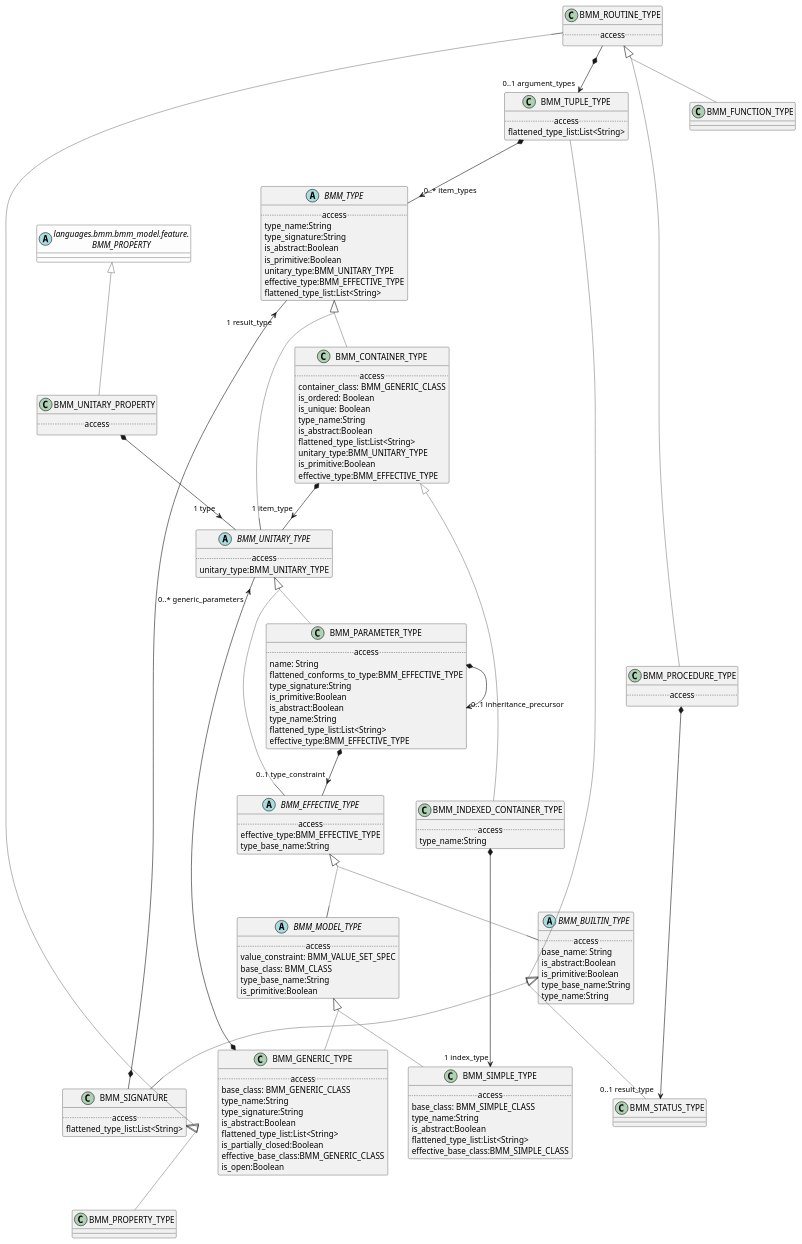
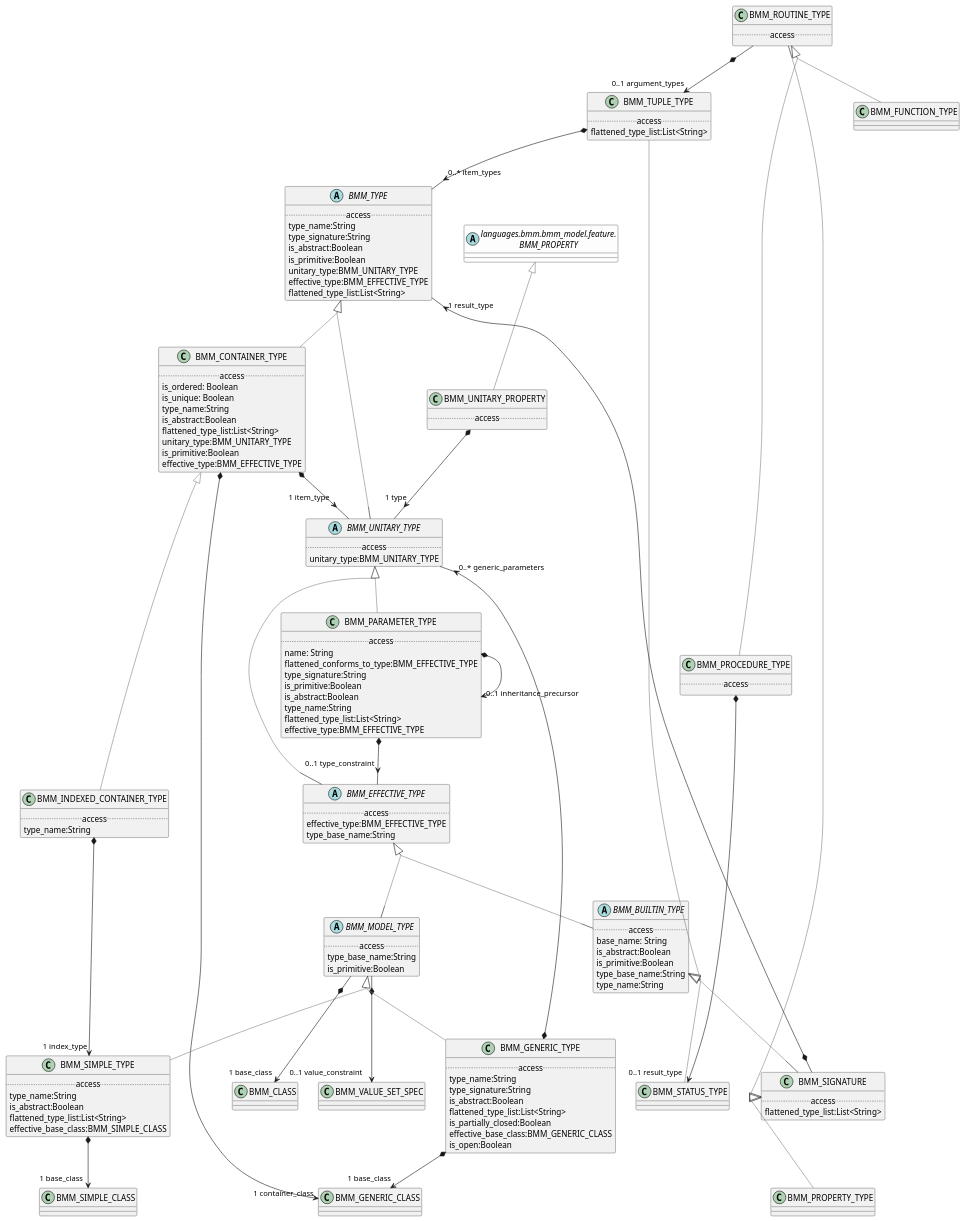
One commit to wolandscat/openehr-doc changed the diagram in modules/ROOT/examples/bmm/languages/bmm/bmm_model/type/type-package-uml.adoc. Above: the diagram before and after it, drawn with PlantUML. The commit also changed 30 other files, not shown here.

```diff
--- a/modules/ROOT/examples/bmm/languages/bmm/bmm_model/type/type-package-uml.adoc
+++ b/modules/ROOT/examples/bmm/languages/bmm/bmm_model/type/type-package-uml.adoc
@@ -73,7 +73,6 @@
 
 class BMM_CONTAINER_TYPE [[/openehr-doc/latest/languages/bmm-gen.html#_class_bmm_container_type]] {
         .. access ..
-        container_class: BMM_GENERIC_CLASS
         is_ordered: Boolean
         is_unique: Boolean
         type_name:String
@@ -87,11 +86,12 @@
 BMM_CONTAINER_TYPE -[#gray]up-|> BMM_TYPE  
 
 
+BMM_CONTAINER_TYPE *--> "1 container_class" BMM_GENERIC_CLASS
+
 BMM_CONTAINER_TYPE *--> "1 item_type" BMM_UNITARY_TYPE
 
 class BMM_SIMPLE_TYPE [[/openehr-doc/latest/languages/bmm-gen.html#_class_bmm_simple_type]] {
         .. access ..
-        base_class: BMM_SIMPLE_CLASS
         type_name:String
         is_abstract:Boolean
         flattened_type_list:List<String>
@@ -100,6 +100,8 @@
 
 BMM_SIMPLE_TYPE -[#gray]up-|> BMM_MODEL_TYPE  
 
+
+BMM_SIMPLE_TYPE *--> "1 base_class" BMM_SIMPLE_CLASS
 
 class BMM_PROPERTY_TYPE [[/openehr-doc/latest/languages/bmm-gen.html#_class_bmm_property_type]] {
 }
@@ -128,14 +130,16 @@
 
 abstract class BMM_MODEL_TYPE [[/openehr-doc/latest/languages/bmm-gen.html#_class_bmm_model_type]] {
         .. access ..
-        value_constraint: BMM_VALUE_SET_SPEC
-        base_class: BMM_CLASS
         type_base_name:String
         is_primitive:Boolean
 }
 
 BMM_MODEL_TYPE -[#gray]up-|> BMM_EFFECTIVE_TYPE  
 
+
+BMM_MODEL_TYPE *--> "0..1 value_constraint" BMM_VALUE_SET_SPEC
+
+BMM_MODEL_TYPE *--> "1 base_class" BMM_CLASS
 
 class BMM_SIGNATURE [[/openehr-doc/latest/languages/bmm-gen.html#_class_bmm_signature]] {
         .. access ..
@@ -149,7 +153,6 @@
 
 class BMM_GENERIC_TYPE [[/openehr-doc/latest/languages/bmm-gen.html#_class_bmm_generic_type]] {
         .. access ..
-        base_class: BMM_GENERIC_CLASS
         type_name:String
         type_signature:String
         is_abstract:Boolean
@@ -163,6 +166,8 @@
 
 
 BMM_GENERIC_TYPE *--> "0..* generic_parameters" BMM_UNITARY_TYPE
+
+BMM_GENERIC_TYPE *--> "1 base_class" BMM_GENERIC_CLASS
 
 abstract class BMM_UNITARY_TYPE [[/openehr-doc/latest/languages/bmm-gen.html#_class_bmm_unitary_type]] {
         .. access ..
```
